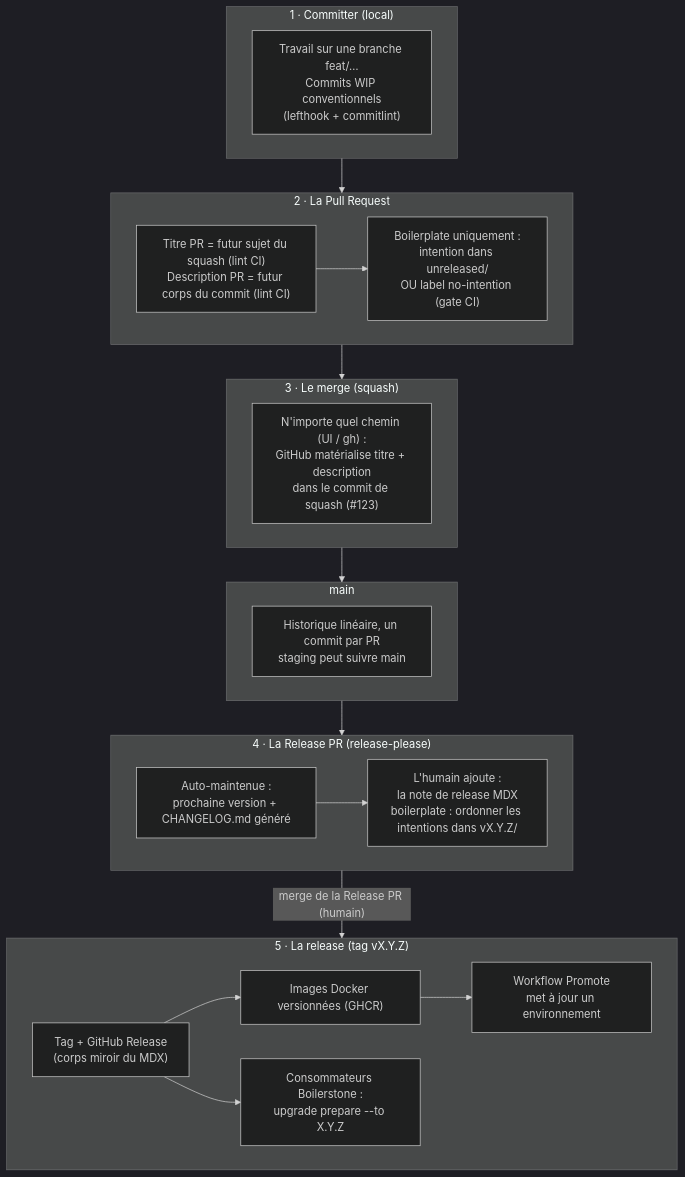
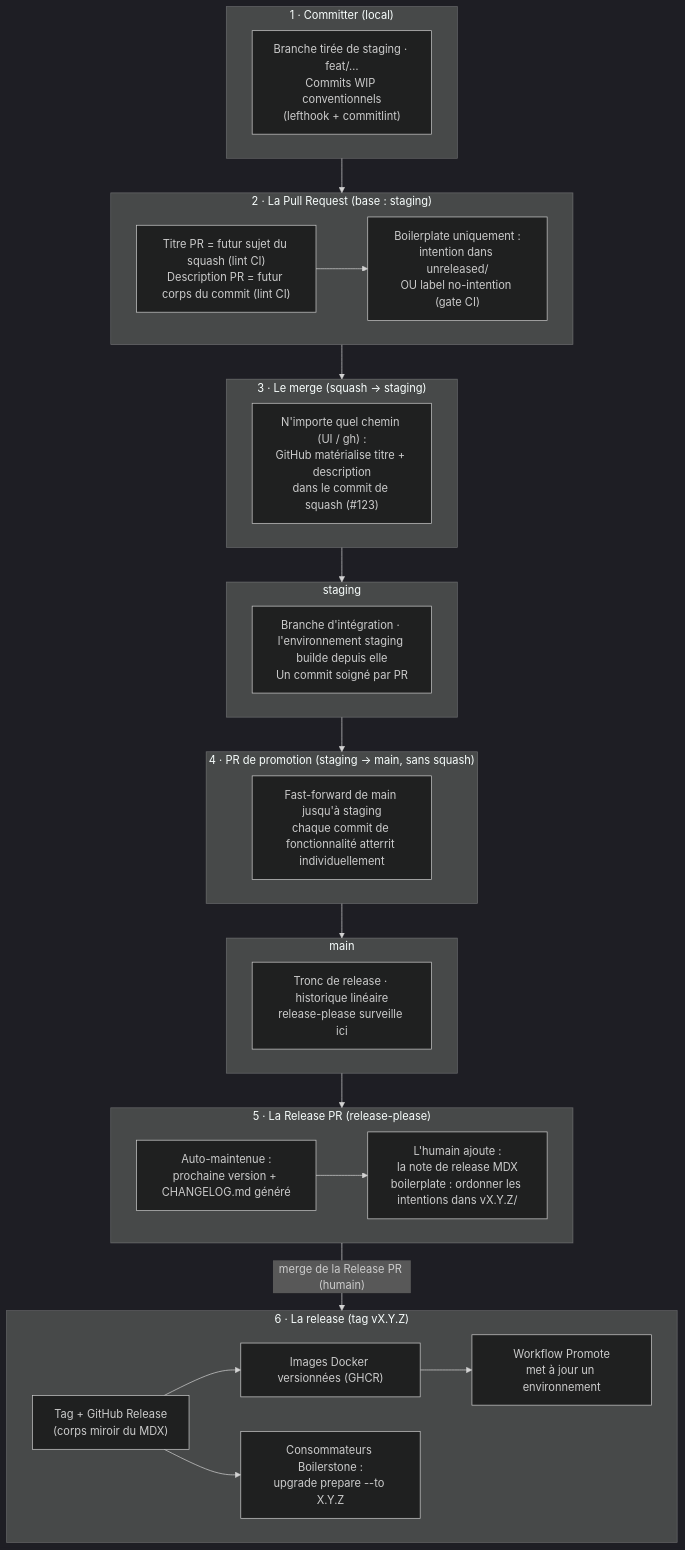
Before and after one commit to tatiana-grange/grocery: the fourth of 4 diagrams in apps/documentation/src/content/docs/fr/explanations/2_contribution-and-release.mdx, drawn with Mermaid (dark theme). The commit also changed other lines of this file and 33 other files, not shown here.

````diff
--- a/apps/documentation/src/content/docs/fr/explanations/2_contribution-and-release.mdx
+++ b/apps/documentation/src/content/docs/fr/explanations/2_contribution-and-release.mdx
@@ -169,38 +187,46 @@
 ```mermaid
 flowchart TD
     subgraph LOCAL["1 · Committer (local)"]
-        A["Travail sur une branche feat/…<br/>Commits WIP conventionnels<br/>(lefthook + commitlint)"]
+        A["Branche tirée de staging · feat/…<br/>Commits WIP conventionnels<br/>(lefthook + commitlint)"]
     end
 
-    subgraph PR["2 · La Pull Request"]
+    subgraph PR["2 · La Pull Request (base : staging)"]
         B["Titre PR = futur sujet du squash (lint CI)<br/>Description PR = futur corps du commit (lint CI)"]
         B2["Boilerplate uniquement :<br/>intention dans unreleased/<br/>OU label no-intention (gate CI)"]
         B --> B2
     end
 
-    subgraph MERGE["3 · Le merge (squash)"]
+    subgraph MERGE["3 · Le merge (squash → staging)"]
         C["N'importe quel chemin (UI / gh) :<br/>GitHub matérialise titre + description<br/>dans le commit de squash (#123)"]
     end
 
-    subgraph MAIN["main"]
-        D["Historique linéaire, un commit par PR<br/>staging peut suivre main"]
+    subgraph STG["staging"]
+        S["Branche d'intégration · l'environnement staging builde depuis elle<br/>Un commit soigné par PR"]
     end
 
-    subgraph RELPR["4 · La Release PR (release-please)"]
+    subgraph PROMO["4 · PR de promotion (staging → main, sans squash)"]
+        P["Fast-forward de main jusqu'à staging<br/>chaque commit de fonctionnalité atterrit individuellement"]
+    end
+
+    subgraph MAIN["main"]
+        D["Tronc de release · historique linéaire<br/>release-please surveille ici"]
+    end
+
+    subgraph RELPR["5 · La Release PR (release-please)"]
         E["Auto-maintenue :<br/>prochaine version + CHANGELOG.md généré"]
         E2["L'humain ajoute :<br/>la note de release MDX<br/>boilerplate : ordonner les intentions dans vX.Y.Z/"]
         E --> E2
     end
 
-    subgraph REL["5 · La release (tag vX.Y.Z)"]
+    subgraph REL["6 · La release (tag vX.Y.Z)"]
         F["Tag + GitHub Release<br/>(corps miroir du MDX)"]
         F2["Images Docker versionnées (GHCR)"]
         F3["Workflow Promote<br/>met à jour un environnement"]
         F4["Consommateurs Boilerstone :<br/>upgrade prepare --to X.Y.Z"]
         F --> F2 --> F3
         F --> F4
     end
 
-    LOCAL --> PR --> MERGE --> MAIN --> RELPR
+    LOCAL --> PR --> MERGE --> STG --> PROMO --> MAIN --> RELPR
     RELPR -->|"merge de la Release PR (humain)"| REL
 ```
````
